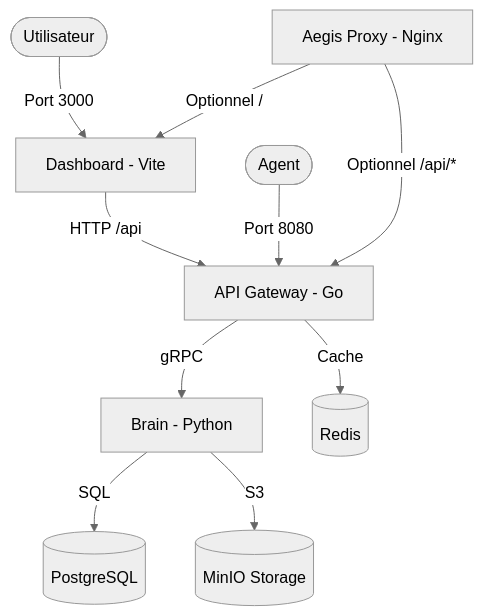
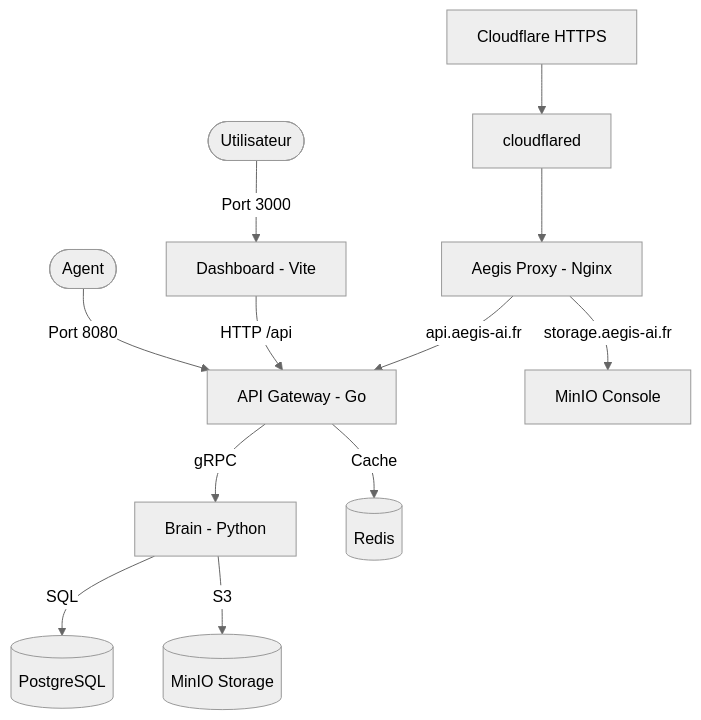
Before and after one commit to Aegis-AI-Organizations/Aegis-AI-Infra: the diagram in local-dev/README.md, drawn with Mermaid (neutral theme). The commit also changed other lines of this file and 12 other files, not shown here.

First line of the commit message:
[FEAT] deploy Cloudflare Tunnel and Edge Proxy in MVP env

````diff
--- a/local-dev/README.md
+++ b/local-dev/README.md
@@ -9,12 +9,14 @@
 ```mermaid
 graph TD
     User([Utilisateur]) -- Port 3000 --> Dashboard[Dashboard - Vite]
+    CF[Cloudflare HTTPS] --> Tunnel[cloudflared]
+    Tunnel --> Proxy[Aegis Proxy - Nginx]
+    Proxy -- api.aegis-ai.fr --> Gateway
+    Proxy -- storage.aegis-ai.fr --> MinIOConsole[MinIO Console]
     Dashboard -- HTTP /api --> Gateway[API Gateway - Go]
     Agent([Agent]) -- Port 8080 --> Gateway
-    Proxy[Aegis Proxy - Nginx] -- Optionnel /api/* --> Gateway
-    Proxy -- Optionnel / --> Dashboard
     Gateway -- gRPC --> Brain[Brain - Python]
     Brain -- SQL --> DB[(PostgreSQL)]
     Brain -- S3 --> MinIO[(MinIO Storage)]
     Gateway -- Cache --> Redis[(Redis)]
 ```
````
